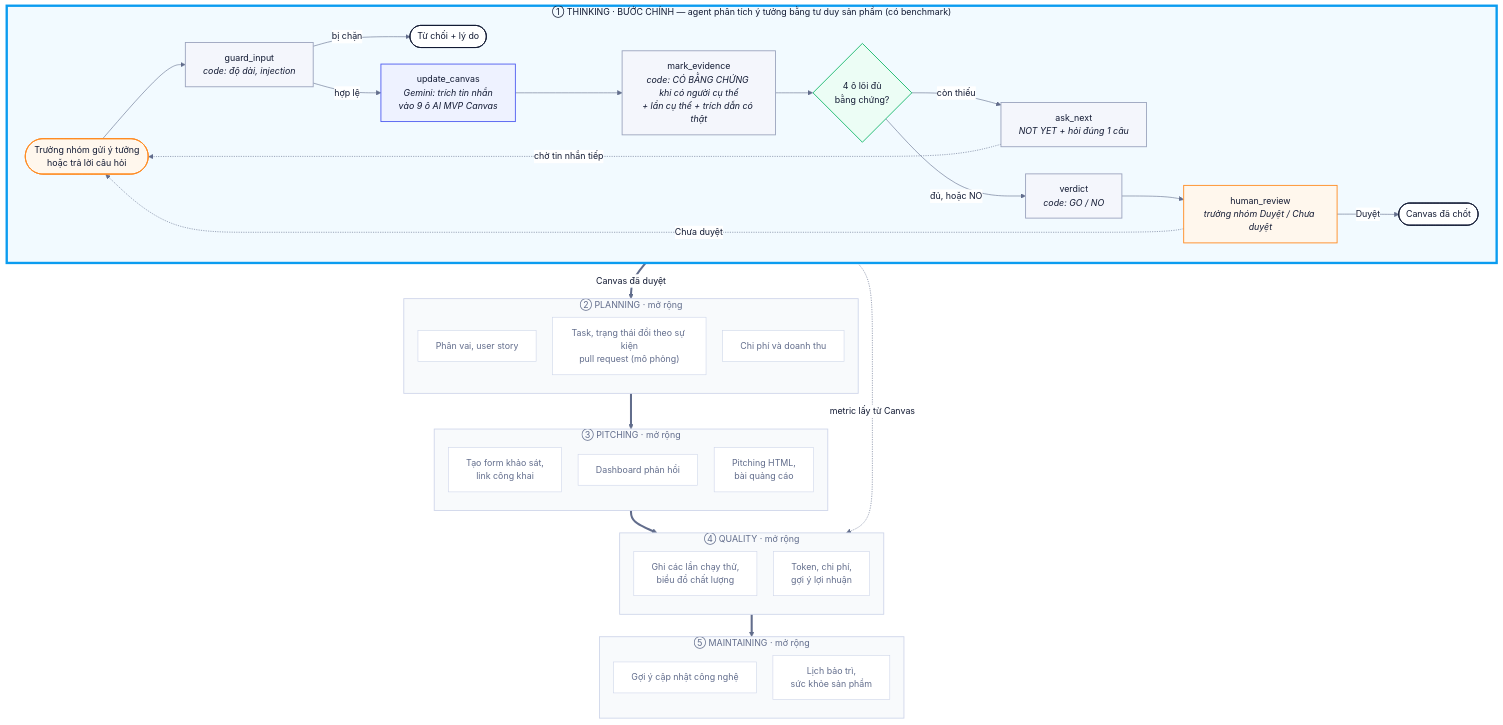
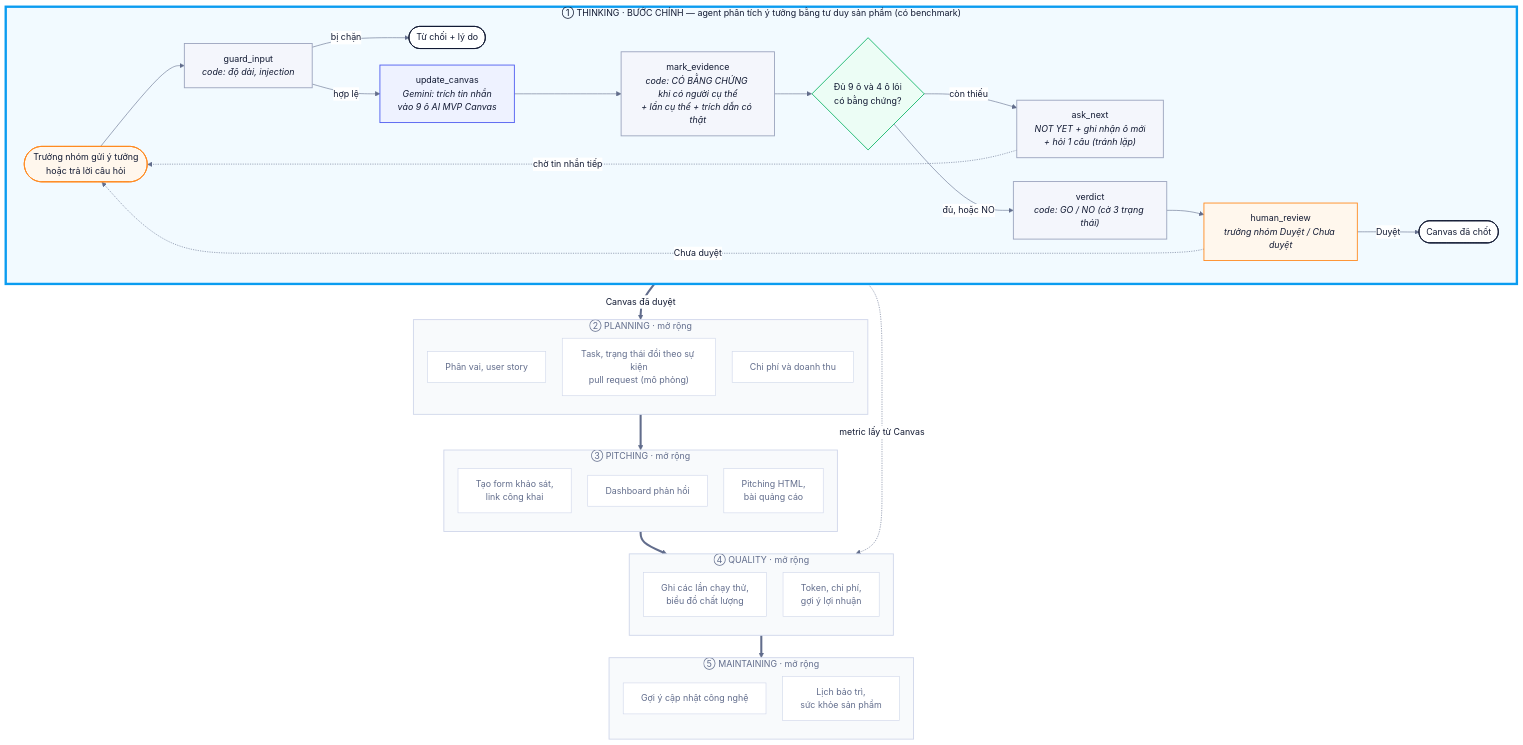
One commit to HieuCaoTlu/K5-Day15-L3B-Chiikawa changed the diagram in docs/agent-architecture.mmd. Above: the diagram before and after it, drawn with Mermaid. The commit also changed 16 other files, not shown here.

First line of the commit message:
fix(thinking): hết hỏi lặp, gỡ được cờ NO, không GO nhờ placeholder Prior Art

```diff
--- a/docs/agent-architecture.mmd
+++ b/docs/agent-architecture.mmd
@@ -1,57 +1,57 @@
 %%{init: {"theme": "base", "flowchart": {"curve": "basis", "nodeSpacing": 28, "rankSpacing": 38}, "themeVariables": {"fontFamily": "Be Vietnam Pro, Segoe UI, Arial", "fontSize": "15px", "primaryColor": "#ffffff", "primaryBorderColor": "#cfd6ea", "primaryTextColor": "#121a33", "lineColor": "#626d8c"}}}%%
 flowchart TB
     subgraph T["① THINKING · BƯỚC CHÍNH — agent phân tích ý tưởng bằng tư duy sản phẩm (có benchmark)"]
         direction LR
         U(["Trưởng nhóm gửi ý tưởng<br/>hoặc trả lời câu hỏi"]):::human --> G["guard_input<br/><i>code: độ dài, injection</i>"]:::code
         G -- "bị chặn" --> B(["Từ chối + lý do"]):::out
         G -- "hợp lệ" --> X["update_canvas<br/><i>Gemini: trích tin nhắn<br/>vào 9 ô AI MVP Canvas</i>"]:::llm
         X --> E["mark_evidence<br/><i>code: CÓ BẰNG CHỨNG khi có người cụ thể<br/>+ lần cụ thể + trích dẫn có thật</i>"]:::code
-        E --> R{"4 ô lõi đủ<br/>bằng chứng?"}:::route
-        R -- "còn thiếu" --> Q["ask_next<br/><i>NOT YET + hỏi đúng 1 câu</i>"]:::code
+        E --> R{"Đủ 9 ô và 4 ô lõi<br/>có bằng chứng?"}:::route
+        R -- "còn thiếu" --> Q["ask_next<br/><i>NOT YET + ghi nhận ô mới<br/>+ hỏi 1 câu (tránh lặp)</i>"]:::code
         Q -. "chờ tin nhắn tiếp" .-> U
-        R -- "đủ, hoặc NO" --> V["verdict<br/><i>code: GO / NO</i>"]:::code
+        R -- "đủ, hoặc NO" --> V["verdict<br/><i>code: GO / NO (cờ 3 trạng thái)</i>"]:::code
         V --> H["human_review<br/><i>trưởng nhóm Duyệt / Chưa duyệt</i>"]:::human
         H -- "Duyệt" --> F(["Canvas đã chốt"]):::out
         H -. "Chưa duyệt" .-> U
     end
 
     subgraph P["② PLANNING · mở rộng"]
         direction TB
         p1["Phân vai, user story"]:::ext
         p2["Task, trạng thái đổi theo sự kiện<br/>pull request (mô phỏng)"]:::ext
         p3["Chi phí và doanh thu"]:::ext
     end
     subgraph S["③ PITCHING · mở rộng"]
         direction TB
         s1["Tạo form khảo sát,<br/>link công khai"]:::ext
         s2["Dashboard phản hồi"]:::ext
         s3["Pitching HTML,<br/>bài quảng cáo"]:::ext
     end
     subgraph QL["④ QUALITY · mở rộng"]
         direction TB
         q1["Ghi các lần chạy thử,<br/>biểu đồ chất lượng"]:::ext
         q2["Token, chi phí,<br/>gợi ý lợi nhuận"]:::ext
     end
     subgraph M["⑤ MAINTAINING · mở rộng"]
         direction TB
         m1["Gợi ý cập nhật công nghệ"]:::ext
         m2["Lịch bảo trì,<br/>sức khỏe sản phẩm"]:::ext
     end
 
     T ==>|"Canvas đã duyệt"| P
     P ==> S
     S ==> QL
     QL ==> M
     T -. "metric lấy từ Canvas" .-> QL
 
     classDef human fill:#fff7ed,stroke:#ff8a1f,stroke-width:1.5px,color:#121a33;
     classDef code fill:#f4f6fc,stroke:#9aa3bd,stroke-width:1.5px,color:#121a33;
     classDef llm fill:#eef2ff,stroke:#4d5bf0,stroke-width:1.5px,color:#121a33;
     classDef route fill:#ecfdf5,stroke:#14b86a,stroke-width:1.5px,color:#121a33;
     classDef out fill:#ffffff,stroke:#121a33,stroke-width:1.5px,color:#121a33;
     classDef ext fill:#ffffff,stroke:#cfd6ea,stroke-width:1px,color:#626d8c;
     style T fill:#f2faff,stroke:#0a9cf0,stroke-width:4px,color:#121a33
     style P fill:#f8fafc,stroke:#cfd6ea,stroke-width:1.5px,color:#626d8c
     style S fill:#f8fafc,stroke:#cfd6ea,stroke-width:1.5px,color:#626d8c
     style QL fill:#f8fafc,stroke:#cfd6ea,stroke-width:1.5px,color:#626d8c
     style M fill:#f8fafc,stroke:#cfd6ea,stroke-width:1.5px,color:#626d8c
```
